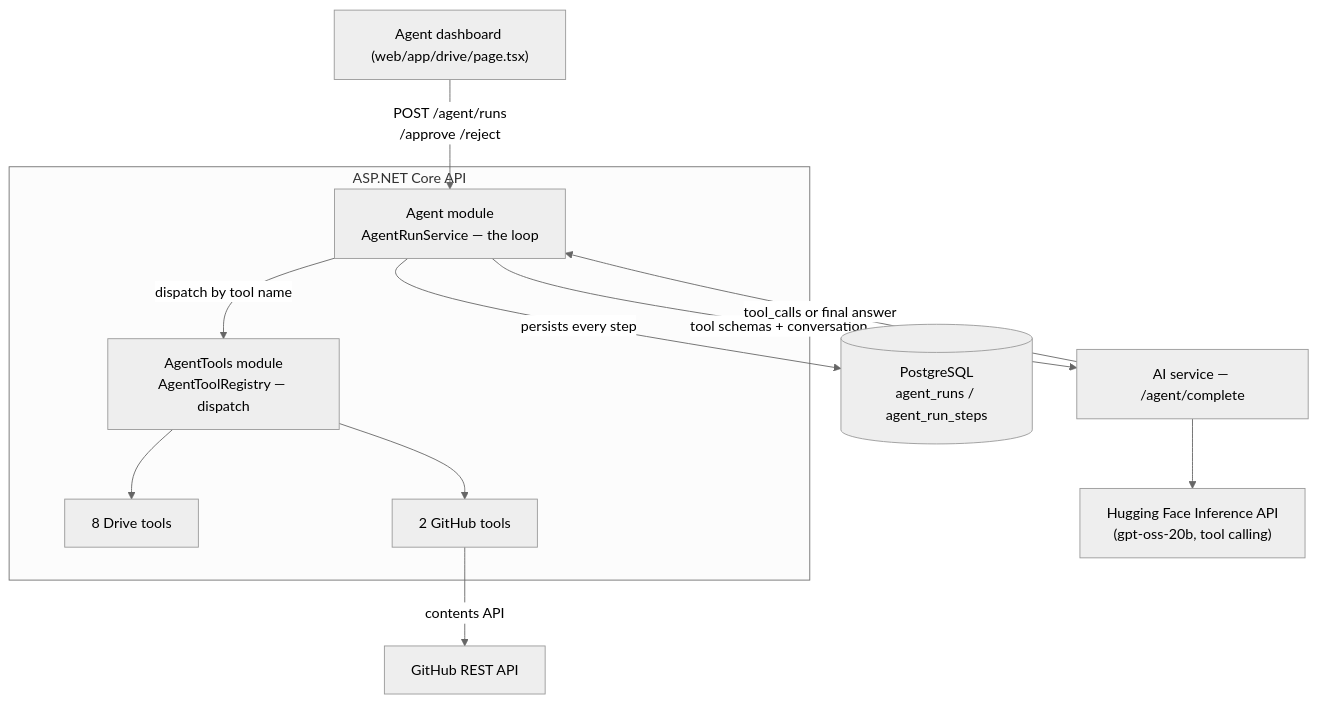
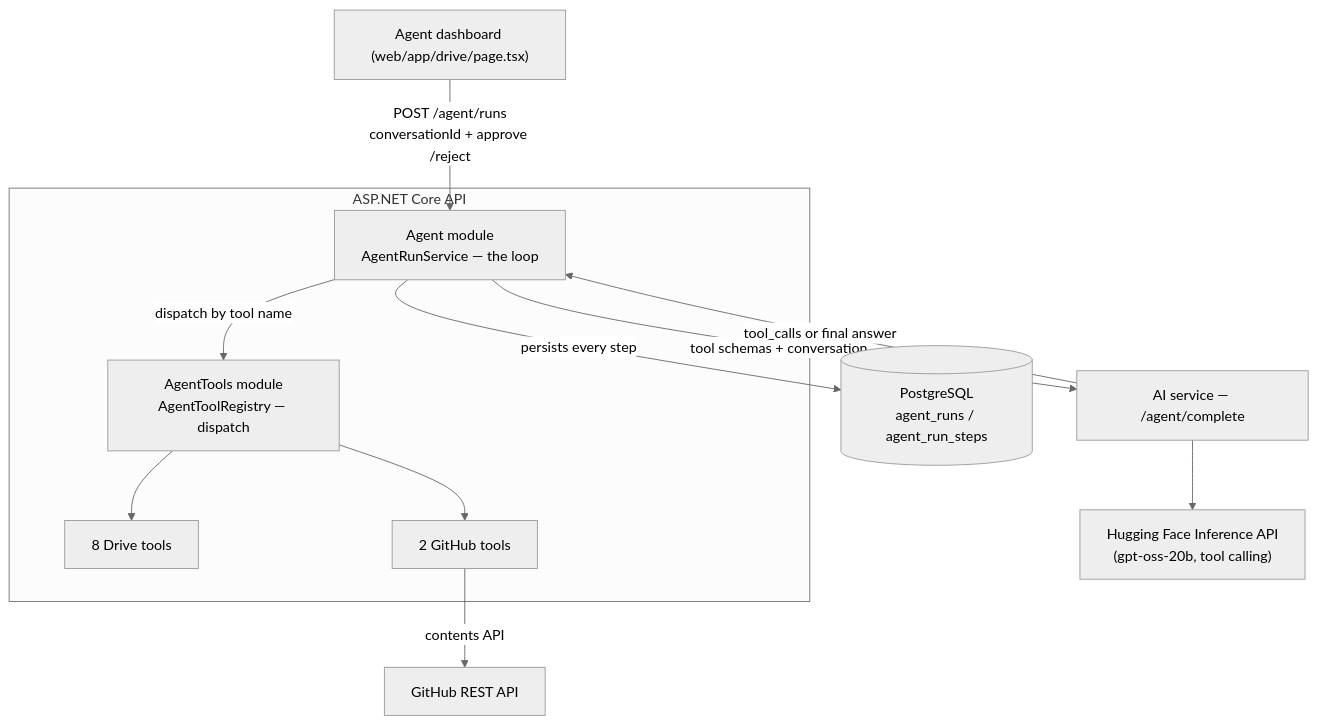
The first of 4 diagrams in docs/agent.md (AhmadAbughanam/amanah-drive), drawn with Mermaid (neutral theme) before and after one commit. The commit also changed other lines of this file and 16 other files, not shown here.

First line of the commit message:
Add agent conversation continuity

````diff
--- a/docs/agent.md
+++ b/docs/agent.md
@@ -13,26 +13,26 @@
 ```mermaid
 flowchart TB
     UI["Agent dashboard (web/app/drive/page.tsx)"]
 
     subgraph API["ASP.NET Core API"]
         AgentModule["Agent module<br/>AgentRunService — the loop"]
         Registry["AgentTools module<br/>AgentToolRegistry — dispatch"]
         DriveTools["8 Drive tools"]
         GitHubTools["2 GitHub tools"]
     end
 
     AI["AI service — /agent/complete"]
     HF["Hugging Face Inference API<br/>(gpt-oss-20b, tool calling)"]
     GH["GitHub REST API"]
     PG[("PostgreSQL<br/>agent_runs / agent_run_steps")]
 
-    UI -- "POST /agent/runs<br/>/approve /reject" --> AgentModule
+    UI -- "POST /agent/runs<br/>conversationId + approve /reject" --> AgentModule
     AgentModule -- "persists every step" --> PG
     AgentModule -- "tool schemas + conversation" --> AI
     AI -- "tool_calls or final answer" --> AgentModule
     AI --> HF
     AgentModule -- "dispatch by tool name" --> Registry
     Registry --> DriveTools
     Registry --> GitHubTools
     GitHubTools -- "contents API" --> GH
 ```
````
